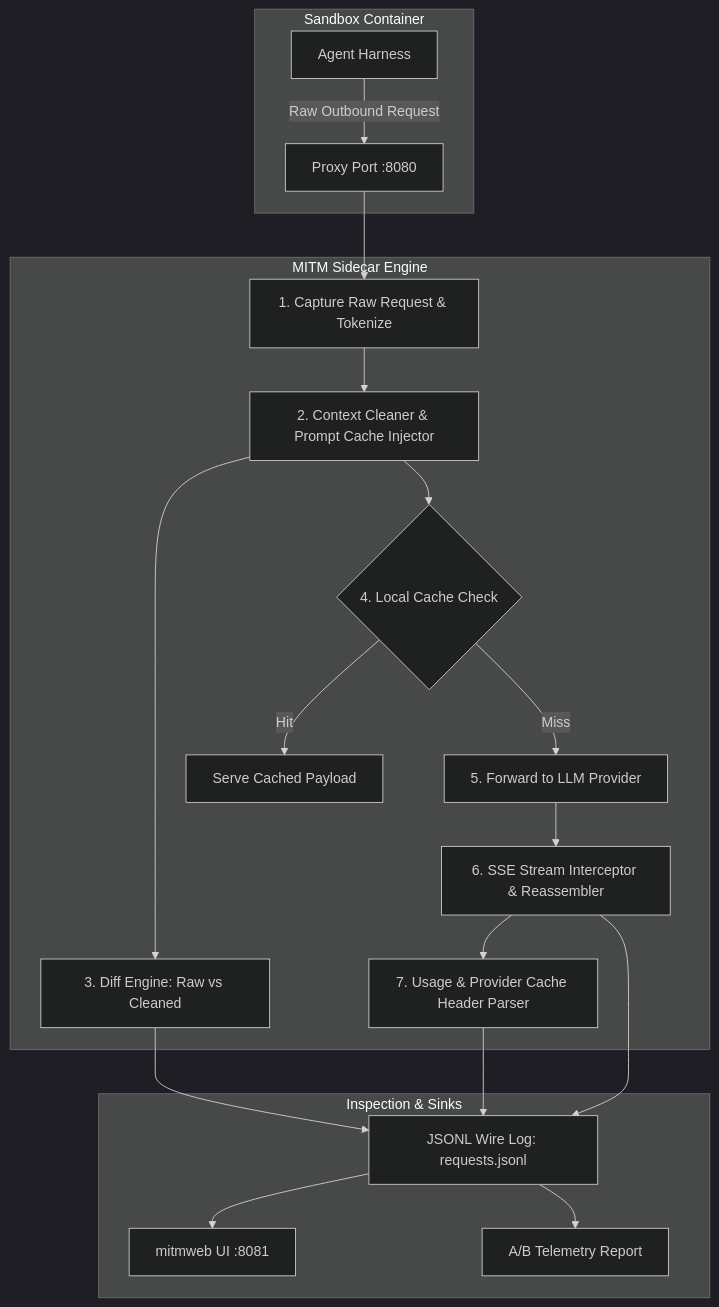
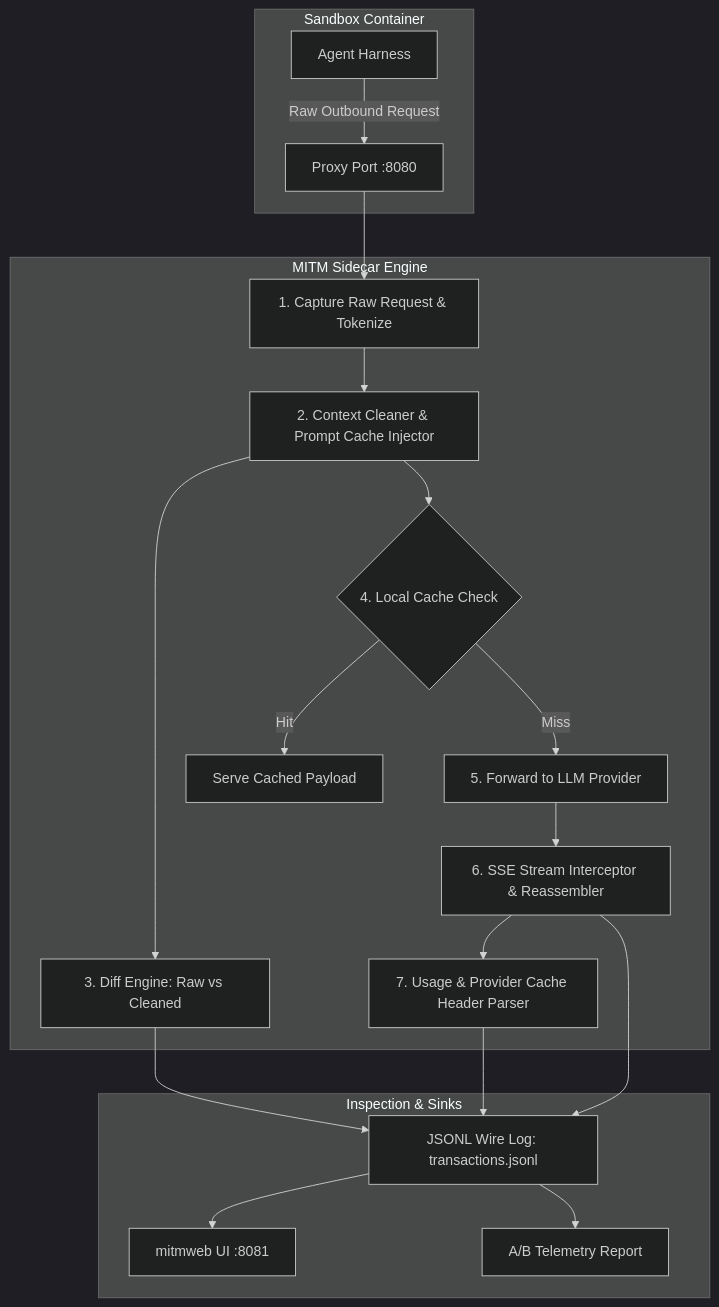
Before and after one commit to Holon-Agentic-Coder/holon-agentic-coder-ref-metadata: the first of 2 diagrams in docs/optimisation/token_reduction_measurement_plan.md, drawn with Mermaid (dark theme). The commit also changed other lines of this file, not shown here.

````diff
--- a/docs/optimisation/token_reduction_measurement_plan.md
+++ b/docs/optimisation/token_reduction_measurement_plan.md
@@ -43,27 +43,27 @@
 ```mermaid
 graph TD
     subgraph Sandbox Container
-        Agent[Agent Harness] -->|Raw Outbound Request| ProxyPort[Proxy Port :8080]
+        Agent[Agent Harness] -->|Raw Outbound Request| ProxyPort["Proxy Port :8080"]
     end
 
     subgraph MITM Sidecar Engine
         ProxyPort --> RawCapture[1. Capture Raw Request & Tokenize]
         RawCapture --> Cleaner[2. Context Cleaner & Prompt Cache Injector]
         Cleaner --> DiffEngine[3. Diff Engine: Raw vs Cleaned]
         Cleaner --> CacheCheck{4. Local Cache Check}
 
         CacheCheck -->|Hit| LocalResp[Serve Cached Payload]
         CacheCheck -->|Miss| Upstream[5. Forward to LLM Provider]
 
         Upstream --> StreamInterceptor[6. SSE Stream Interceptor & Reassembler]
         StreamInterceptor --> UsageParser[7. Usage & Provider Cache Header Parser]
     end
 
     subgraph Inspection & Sinks
-        DiffEngine --> WireLogger[JSONL Wire Log: requests.jsonl]
+        DiffEngine --> WireLogger["JSONL Wire Log: transactions.jsonl"]
         StreamInterceptor --> WireLogger
         UsageParser --> WireLogger
-        WireLogger --> WebUI[mitmweb UI :8081]
+        WireLogger --> WebUI["mitmweb UI :8081"]
         WireLogger --> ABMetrics[A/B Telemetry Report]
     end
 ```
````
